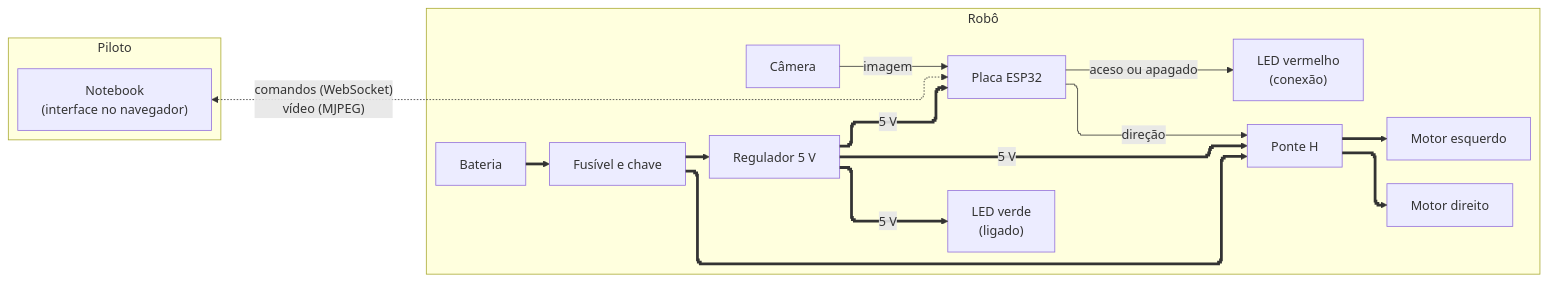
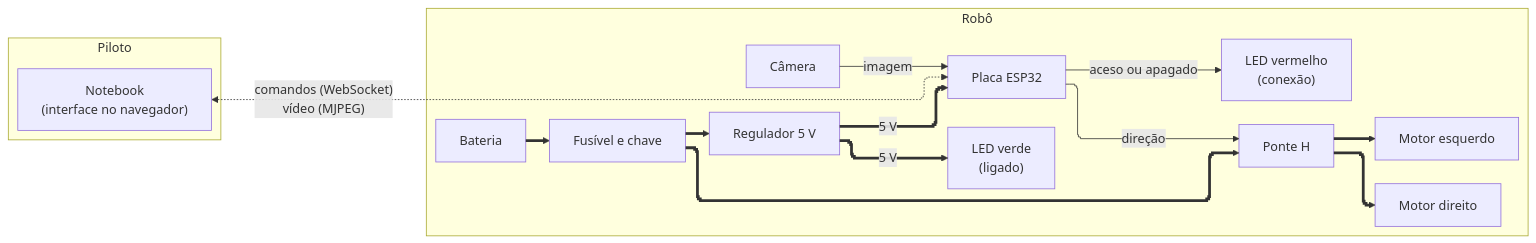
Before and after one commit to PS-TITANS-G5/Balloone: the diagram in docs/arquitetura.md, drawn with Mermaid. The commit also changed 1 other file, not shown here.

Commit message:
docs: ajusta o diagrama e a rede ao esquemático v2

````diff
--- a/docs/arquitetura.md
+++ b/docs/arquitetura.md
@@ -7,40 +7,39 @@
 ```mermaid
 ---
 config:
   layout: elk
   flowchart:
     curve: step
 ---
 flowchart LR
   subgraph piloto["Piloto"]
     NB["Notebook<br>(interface no navegador)"]
   end
 
   subgraph robo["Robô"]
     BAT["Bateria"]
     CHV["Fusível e chave"]
     REG["Regulador 5 V"]
     CAM["Câmera"]
     ESP["Placa ESP32"]
     PH["Ponte H"]
     ME["Motor esquerdo"]
     MD["Motor direito"]
     LV["LED verde<br>(ligado)"]
     LR["LED vermelho<br>(conexão)"]
   end
 
   BAT ==> CHV
   CHV ==> REG
   CHV ==> PH
   REG ==>|"5 V"| ESP
-  REG ==>|"5 V"| PH
   REG ==>|"5 V"| LV
   PH ==> ME
   PH ==> MD
 
   CAM -->|"imagem"| ESP
   ESP -->|"direção"| PH
   ESP -->|"aceso ou apagado"| LR
 
   NB <-.->|"comandos (WebSocket)<br>vídeo (MJPEG)"| ESP
 ```
````
